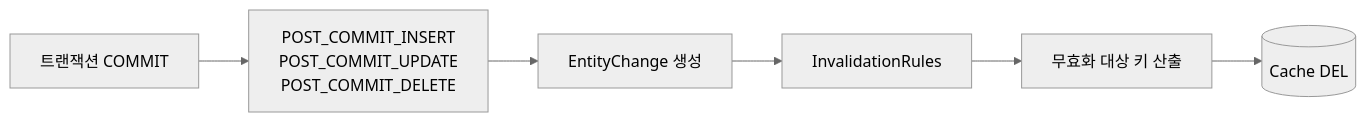
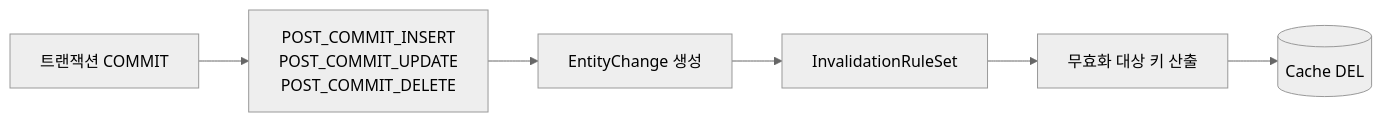
The diagram in spring-cache/cache-invalidation-strategy/docs/invalidation/entity-event-invalidate.md (gmoon92/toy), drawn with Mermaid (neutral theme) before and after one commit. The commit also changed 42 other files, not shown here.

````diff
--- a/spring-cache/cache-invalidation-strategy/docs/invalidation/entity-event-invalidate.md
+++ b/spring-cache/cache-invalidation-strategy/docs/invalidation/entity-event-invalidate.md
@@ -22,8 +22,8 @@
 ```mermaid
 flowchart LR
     TX[트랜잭션 COMMIT] --> EV["POST_COMMIT_INSERT<br/>POST_COMMIT_UPDATE<br/>POST_COMMIT_DELETE"]
     EV --> EC[EntityChange 생성]
-    EC --> RU[InvalidationRules]
+    EC --> RU[InvalidationRuleSet]
     RU --> KEYS[무효화 대상 키 산출]
     KEYS --> DEL[(Cache DEL)]
 ```
````
